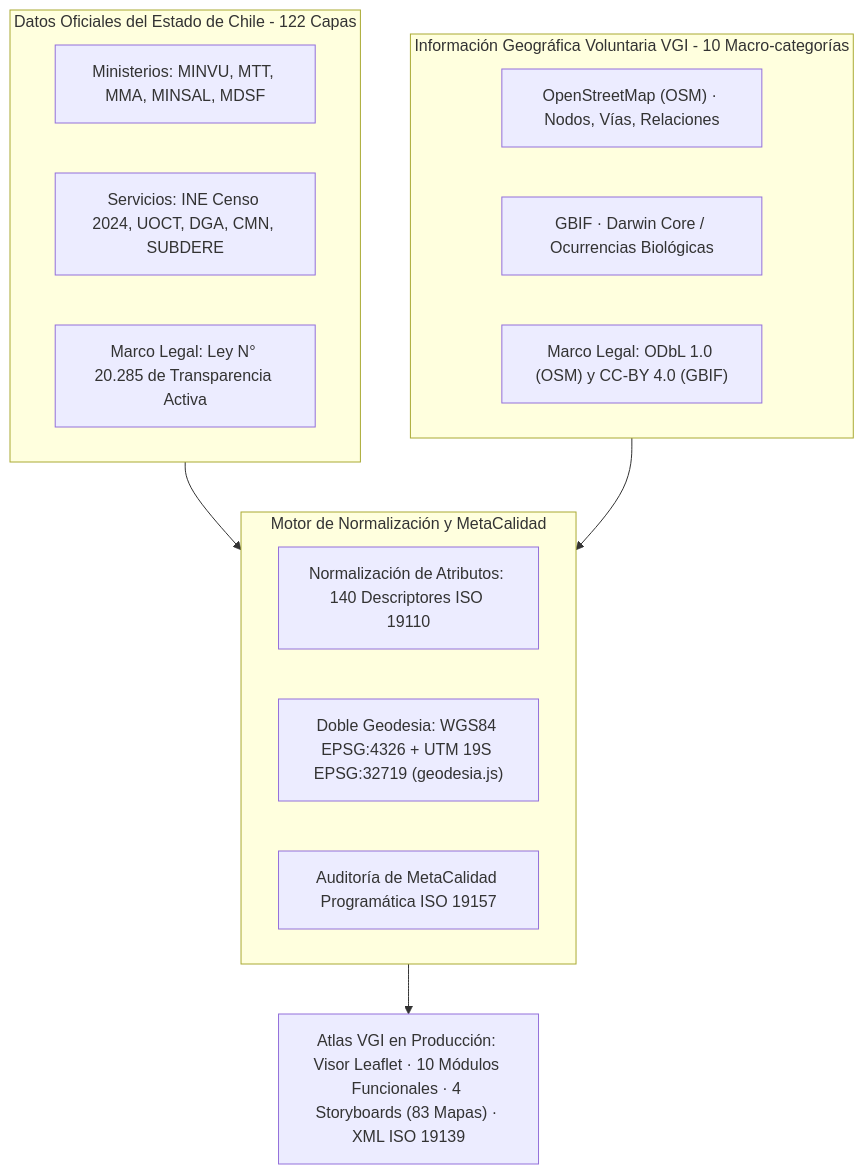
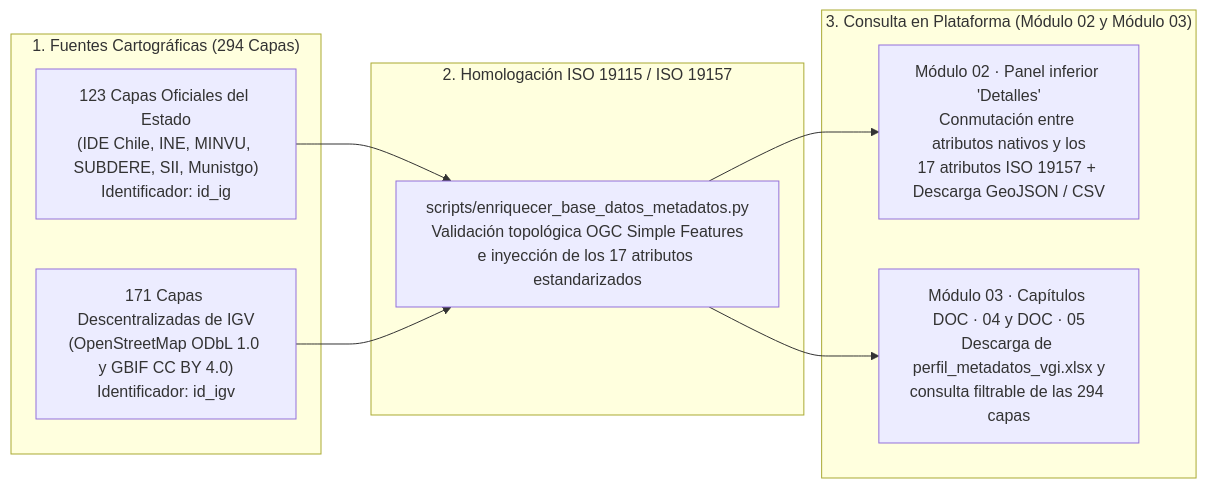
The diagram in docs/ANALISIS_METACALIDAD.md (GEOJOTA/atlas-vgi-barrio-brasil), drawn with Mermaid before and after one commit. The commit also changed other lines of this file and 26 other files, not shown here.

Commit message:
docs(prototipo-02): actualizar documentacion navegable (Modulo 03), manuales, arquitectura, diagramas y entregables verificados

````diff
--- a/docs/ANALISIS_METACALIDAD.md
+++ b/docs/ANALISIS_METACALIDAD.md
@@ -170,21 +18,18 @@
 ```mermaid
-flowchart TB
-    subgraph FuentesOficiales ["Datos Oficiales del Estado de Chile - 122 Capas"]
-        O1["Ministerios: MINVU, MTT, MMA, MINSAL, MDSF"]
-        O2["Servicios: INE Censo 2024, UOCT, DGA, CMN, SUBDERE"]
-        O3["Marco Legal: Ley N° 20.285 de Transparencia Activa"]
+flowchart LR
+    subgraph FUENTES["1. Fuentes Cartográficas (294 Capas)"]
+        F1["123 Capas Oficiales del Estado\n(IDE Chile, INE, MINVU, SUBDERE, SII, Munistgo)\nIdentificador: id_ig"]
+        F2["171 Capas Descentralizadas de IGV\n(OpenStreetMap ODbL 1.0 y GBIF CC BY 4.0)\nIdentificador: id_igv"]
     end
-    subgraph FuentesComunitarias ["Información Geográfica Voluntaria VGI - 10 Macro-categorías"]
-        V1["OpenStreetMap (OSM) · Nodos, Vías, Relaciones"]
-        V2["GBIF · Darwin Core / Ocurrencias Biológicas"]
-        V3["Marco Legal: ODbL 1.0 (OSM) y CC-BY 4.0 (GBIF)"]
+
+    subgraph PROCESO["2. Homologación ISO 19115 / ISO 19157"]
+        P1["scripts/enriquecer_base_datos_metadatos.py\nValidación topológica OGC Simple Features\ne inyección de los 17 atributos estandarizados"]
     end
-    subgraph MotorNormalizacion ["Motor de Normalización y MetaCalidad"]
-        N1["Normalización de Atributos: 140 Descriptores ISO 19110"]
-        N2["Doble Geodesia: WGS84 EPSG:4326 + UTM 19S EPSG:32719 (geodesia.js)"]
-        N3["Auditoría de MetaCalidad Programática ISO 19157"]
+
+    subgraph CONSULTA["3. Consulta en Plataforma (Módulo 02 y Módulo 03)"]
+        C1["Módulo 02 · Panel inferior 'Detalles'\nConmutación entre atributos nativos y los\n17 atributos ISO 19157 + Descarga GeoJSON / CSV"]
+        C2["Módulo 03 · Capítulos DOC · 04 y DOC · 05\nDescarga de perfil_metadatos_vgi.xlsx y\nconsulta filtrable de las 294 capas"]
     end
-    FuentesOficiales --> MotorNormalizacion
-    FuentesComunitarias --> MotorNormalizacion
-    MotorNormalizacion --> P["Atlas VGI en Producción: Visor Leaflet · 10 Módulos Funcionales · 4 Storyboards (83 Mapas) · XML ISO 19139"]
+
+    F1 & F2 --> P1 --> C1 & C2
 ```
````
